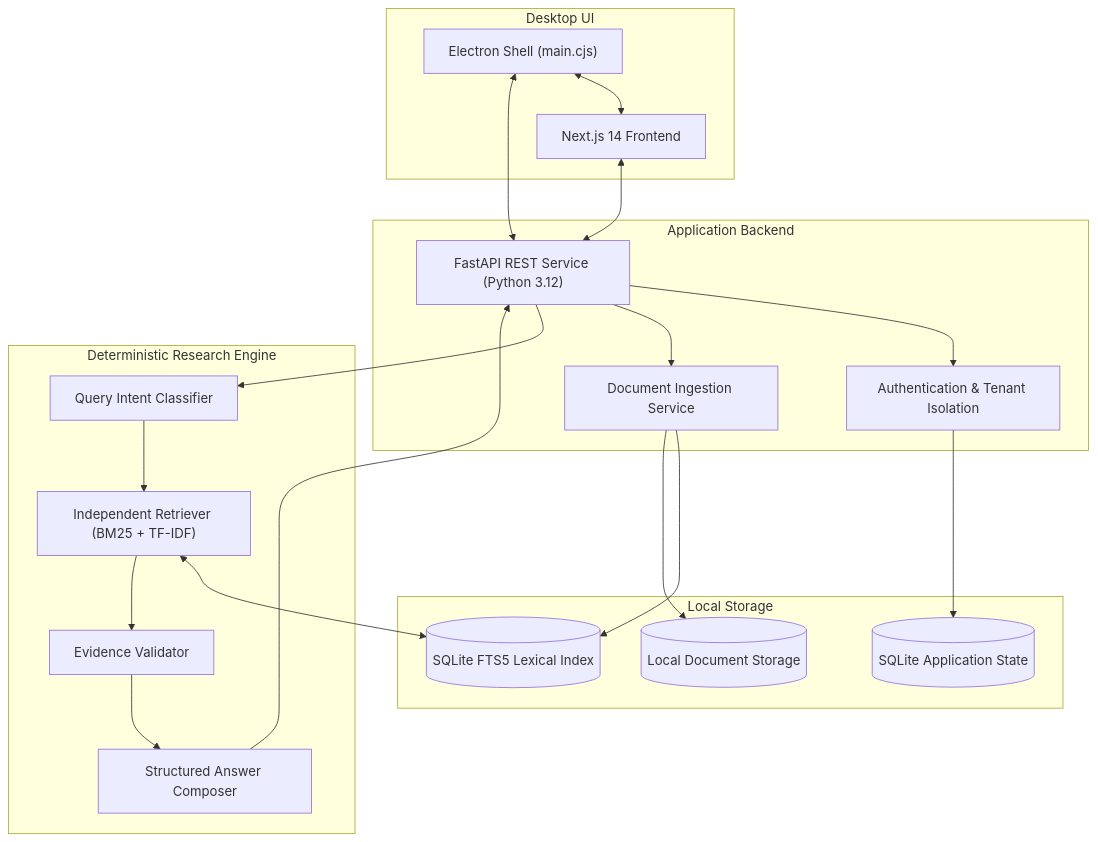
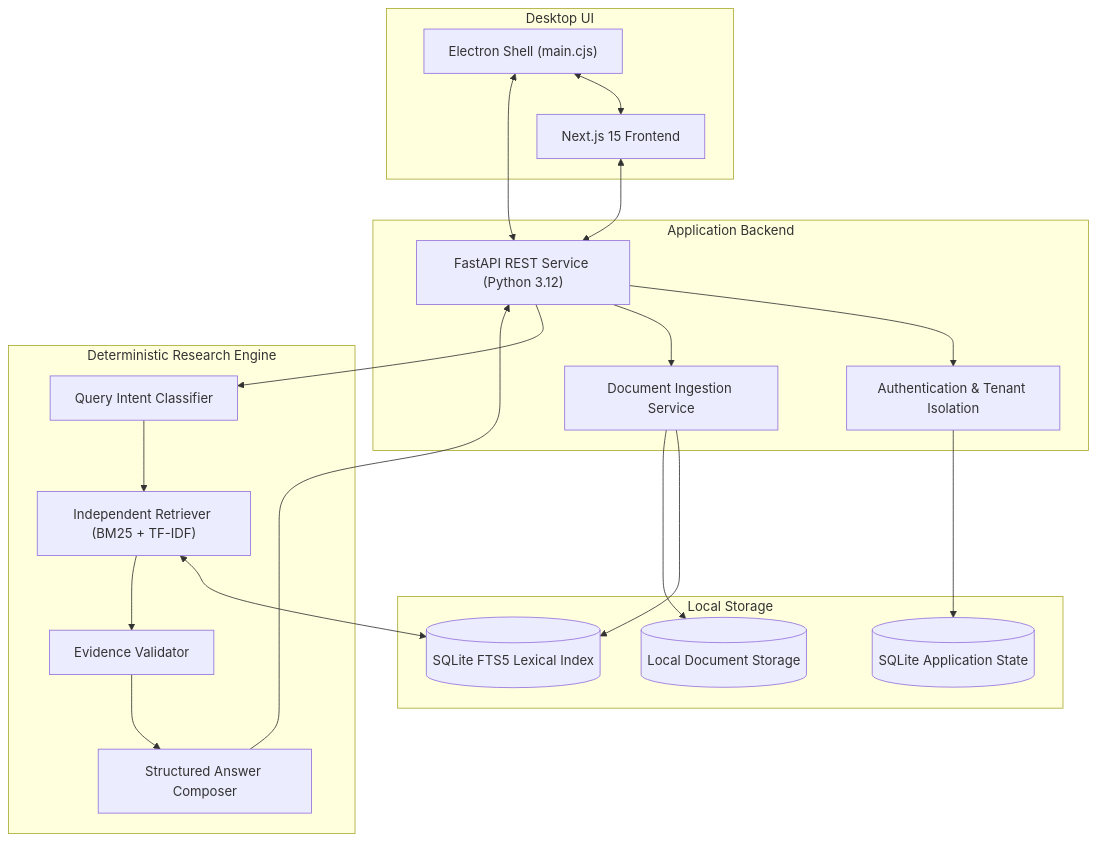
One commit to ResearchLens-Lab/ResearchAssistant changed the diagram in README.md. Above: the diagram before and after it, drawn with Mermaid. The commit also changed other lines of this file and 4 other files, not shown here.

````diff
--- a/README.md
+++ b/README.md
@@ -78,44 +78,44 @@
 ```mermaid
 flowchart TD
     subgraph UI ["Desktop UI"]
         DesktopApp["Electron Shell (main.cjs)"]
-        Renderer["Next.js 14 Frontend"]
+        Renderer["Next.js 15 Frontend"]
     end
 
     subgraph Backend ["Application Backend"]
         FastAPI["FastAPI REST Service (Python 3.12)"]
         AuthService["Authentication & Tenant Isolation"]
         DocService["Document Ingestion Service"]
     end
 
     subgraph Engine ["Deterministic Research Engine"]
         Classifier["Query Intent Classifier"]
         Retriever["Independent Retriever (BM25 + TF-IDF)"]
         Composer["Structured Answer Composer"]
         Validator["Evidence Validator"]
     end
 
     subgraph Data ["Local Storage"]
         LexicalDB[("SQLite FTS5 Lexical Index")]
         AppDB[("SQLite Application State")]
         DocFiles[("Local Document Storage")]
     end
 
     DesktopApp <--> Renderer
     DesktopApp <--> FastAPI
     Renderer <--> FastAPI
 
     FastAPI --> AuthService
     FastAPI --> DocService
     FastAPI --> Classifier
 
     DocService --> LexicalDB
     DocService --> DocFiles
     AuthService --> AppDB
 
     Classifier --> Retriever
     Retriever <--> LexicalDB
     Retriever --> Validator
     Validator --> Composer
     Composer --> FastAPI
 ```
````
